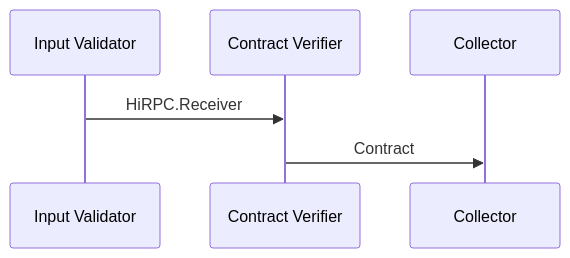
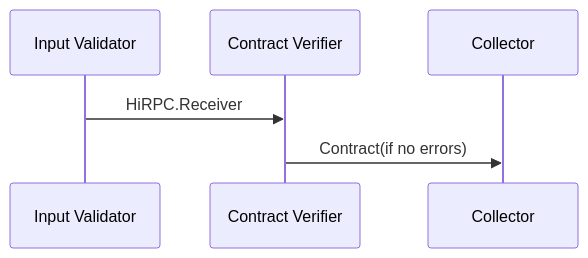
The diagram in documents/architecture/ContractVerifier.md (tagion/tagion), drawn with Mermaid before and after one commit. The commit also changed other lines of this file and 3 other files, not shown here.

Commit message:
DONE: ContractVerifier.md, InputValidator.md and DART.md postreview

````diff
--- a/documents/architecture/ContractVerifier.md
+++ b/documents/architecture/ContractVerifier.md
@@ -22,8 +24,8 @@
 ```mermaid
 sequenceDiagram
     participant Input Validator 
     participant Contract Verifier 
     participant Collector
     Input Validator->>Contract Verifier: HiRPC.Receiver
-    Contract Verifier->>Collector: Contract
+    Contract Verifier->>Collector: Contract(if no errors)
 ```
````
